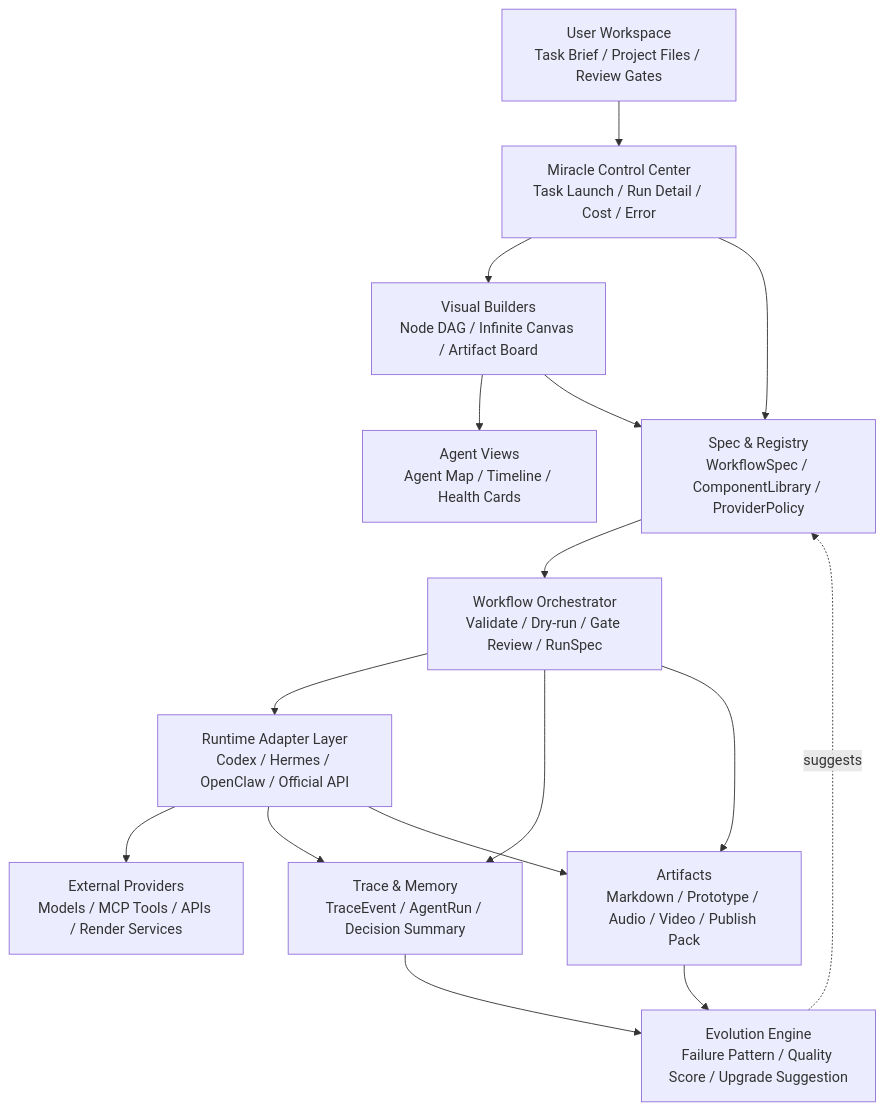
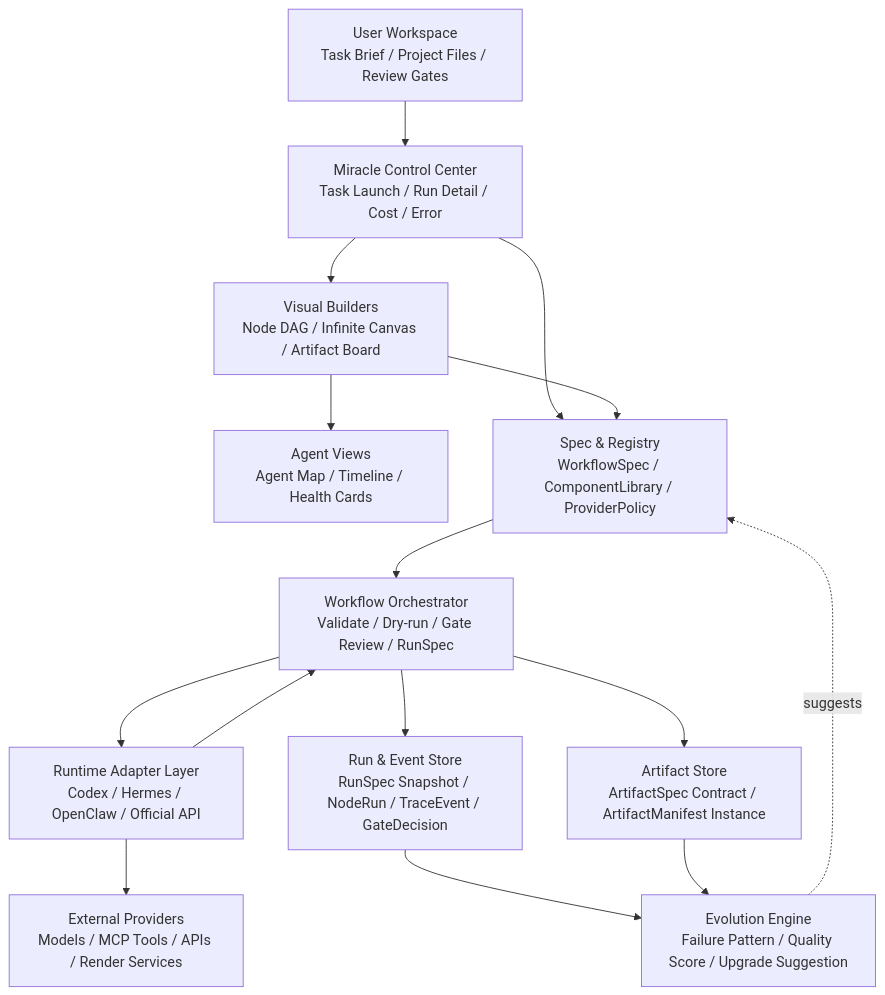
Before and after one commit to haozhangyue/miracle-agent: the first of 7 diagrams in 14_技术架构选型与系统架构图.md, drawn with Mermaid. The commit also changed other lines of this file and 17 other files, not shown here.

````diff
--- a/14_技术架构选型与系统架构图.md
+++ b/14_技术架构选型与系统架构图.md
@@ -49,28 +51,27 @@
 ```mermaid
 flowchart TB
   User["User Workspace<br/>Task Brief / Project Files / Review Gates"]
   Control["Miracle Control Center<br/>Task Launch / Run Detail / Cost / Error"]
   Builder["Visual Builders<br/>Node DAG / Infinite Canvas / Artifact Board"]
   AgentView["Agent Views<br/>Agent Map / Timeline / Health Cards"]
 
   Spec["Spec & Registry<br/>WorkflowSpec / ComponentLibrary / ProviderPolicy"]
   Orch["Workflow Orchestrator<br/>Validate / Dry-run / Gate Review / RunSpec"]
   Adapter["Runtime Adapter Layer<br/>Codex / Hermes / OpenClaw / Official API"]
   Provider["External Providers<br/>Models / MCP Tools / APIs / Render Services"]
 
-  Trace["Trace & Memory<br/>TraceEvent / AgentRun / Decision Summary"]
-  Artifact["Artifacts<br/>Markdown / Prototype / Audio / Video / Publish Pack"]
+  Trace["Run & Event Store<br/>RunSpec Snapshot / NodeRun / TraceEvent / GateDecision"]
+  Artifact["Artifact Store<br/>ArtifactSpec Contract / ArtifactManifest Instance"]
   Evolution["Evolution Engine<br/>Failure Pattern / Quality Score / Upgrade Suggestion"]
 
   User --> Control --> Builder --> AgentView
   Control --> Spec
   Builder --> Spec
   Spec --> Orch --> Adapter --> Provider
+  Adapter --> Orch
   Orch --> Trace
-  Adapter --> Trace
   Orch --> Artifact
-  Adapter --> Artifact
   Trace --> Evolution
   Artifact --> Evolution
   Evolution -.suggests.-> Spec
 ```
````
